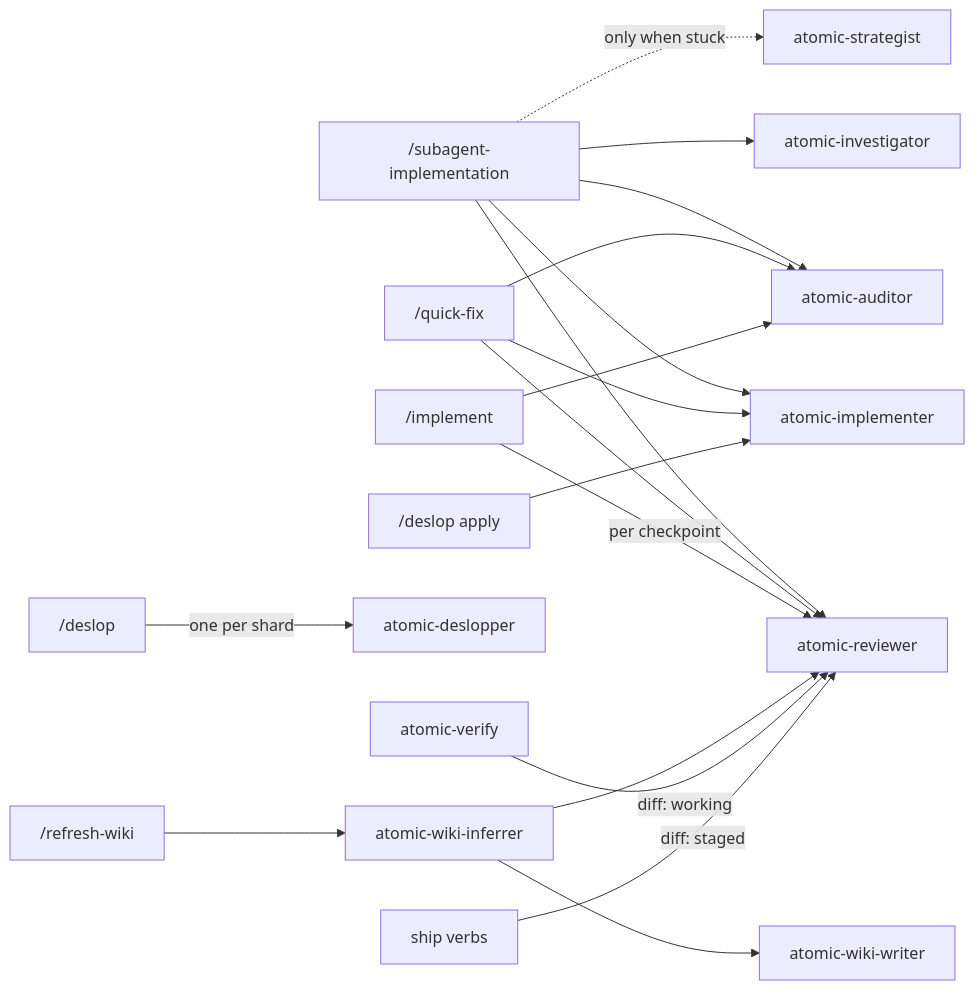
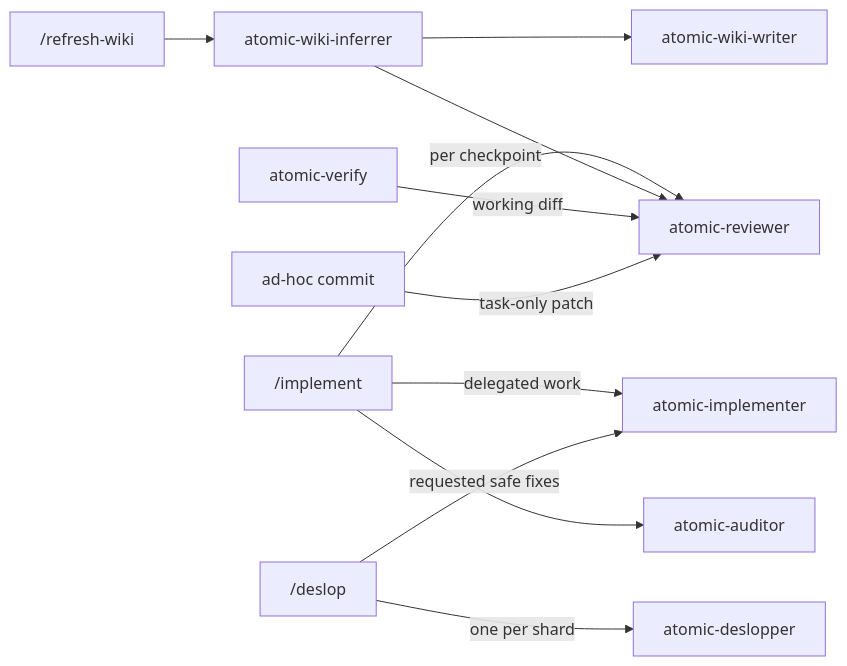
The first of 2 diagrams in docs/reference/agents.md (damusix/atomic-claude), drawn with Mermaid before and after one commit. The commit also changed other lines of this file and 203 other files, not shown here.

First line of the commit message:
refactor!: simplify Atomic workflows

````diff
--- a/docs/reference/agents.md
+++ b/docs/reference/agents.md
@@ -10,22 +10,15 @@
 ```mermaid
 flowchart LR
     accTitle: Agent dispatch topology
-    accDescr: /subagent-implementation dispatches the investigator, implementer, reviewer, and auditor, and the strategist only when stuck. /quick-fix runs the same implementer, reviewer, and auditor without a spec. /implement dispatches no implementer at all, driving the reviewer once per checkpoint and the auditor once at the end. /refresh-wiki dispatches the wiki-inferrer, which dispatches the wiki-writer and the reviewer. /deslop fans out one deslopper per shard, and /deslop apply drives the implementer. atomic-verify and the ship verbs' review gate each dispatch the reviewer on code the main agent wrote ad-hoc, outside any loop.
-    SI["/subagent-implementation"] --> INV["atomic-investigator"]
-    SI --> IMP["atomic-implementer"]
-    SI --> REV["atomic-reviewer"]
-    SI --> AUD["atomic-auditor"]
-    SI -.->|only when stuck| STR["atomic-strategist"]
-    QF["/quick-fix"] --> IMP
-    QF --> REV
-    QF --> AUD
-    IM["/implement"] -->|per checkpoint| REV
-    IM --> AUD
+    accDescr: /implement can delegate writing. An independent reviewer checks each checkpoint, and an auditor checks the whole delivery. Other commands use the same agents for their review, wiki, and cleanup workflows.
+    IM["/implement"] -->|delegated work| IMP["atomic-implementer"]
+    IM -->|per checkpoint| REV["atomic-reviewer"]
+    IM --> AUD["atomic-auditor"]
     RW["/refresh-wiki"] --> WI["atomic-wiki-inferrer"]
     WI --> WW["atomic-wiki-writer"]
     WI --> REV
     DS["/deslop"] -->|one per shard| DSL["atomic-deslopper"]
-    DSA["/deslop apply"] --> IMP
-    AV["atomic-verify"] -->|diff: working| REV
-    SC["ship verbs"] -->|diff: staged| REV
+    DS -->|requested safe fixes| IMP
+    AV["atomic-verify"] -->|working diff| REV
+    SC["ad-hoc commit"] -->|task-only patch| REV
 ```
````
